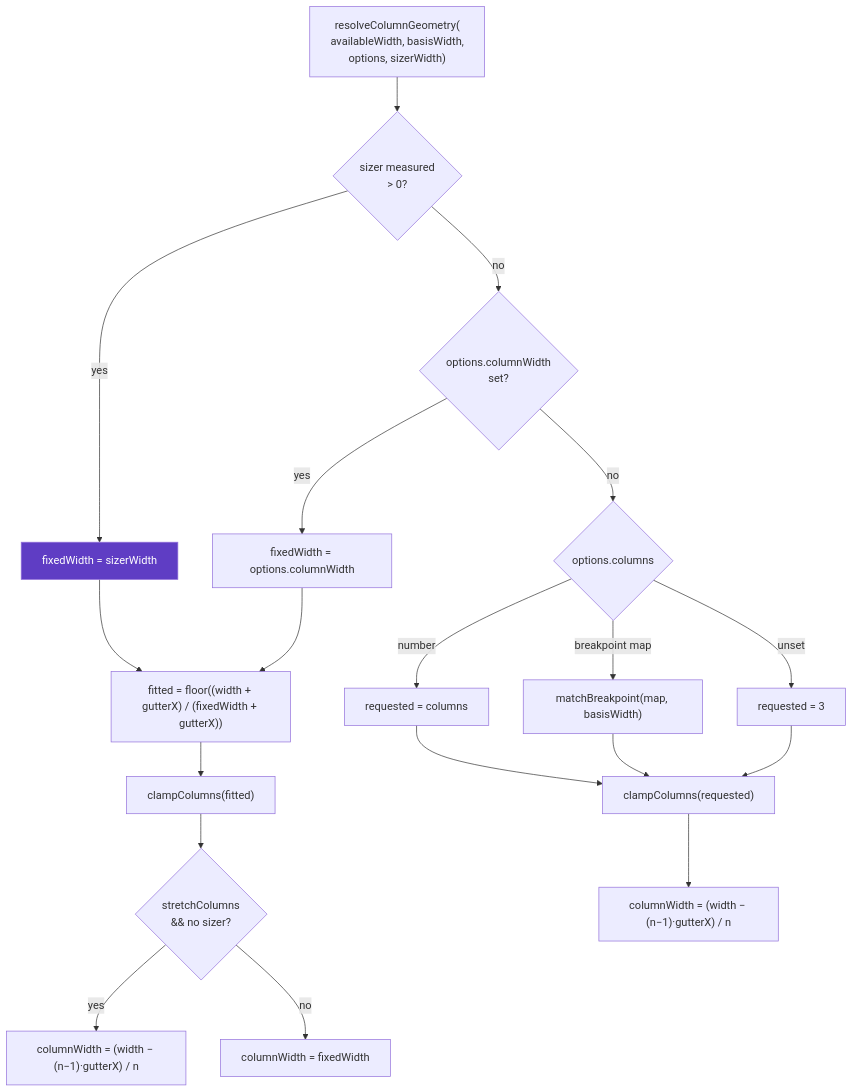
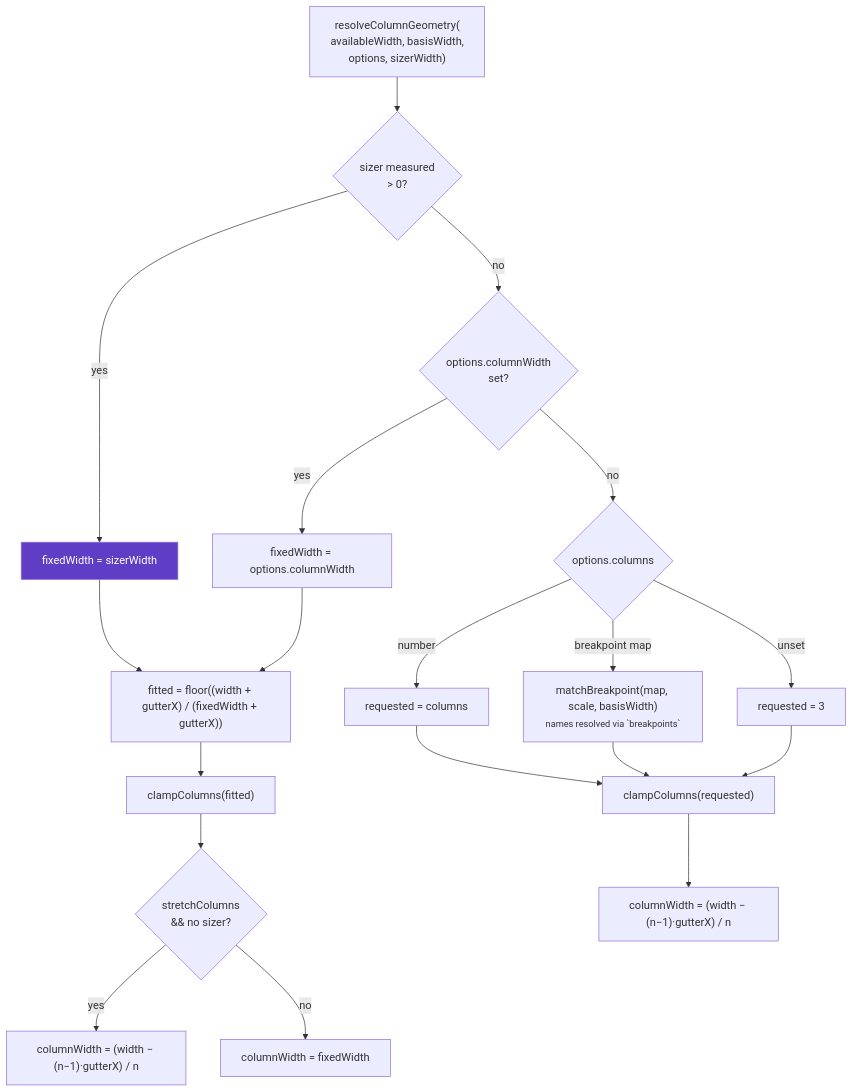
Before and after one commit to MeAkib/masonry-angular: the sixth of 12 diagrams in ARCHITECTURE.md, drawn with Mermaid. The commit also changed other lines of this file and 15 other files, not shown here.

````diff
--- a/ARCHITECTURE.md
+++ b/ARCHITECTURE.md
@@ -355,25 +355,25 @@
 ```mermaid
 flowchart TD
     IN["resolveColumnGeometry(<br/>availableWidth, basisWidth,<br/>options, sizerWidth)"] --> Q1{"sizer measured<br/>&gt; 0?"}
     Q1 -->|yes| FIXED["fixedWidth = sizerWidth"]
     Q1 -->|no| Q2{"options.columnWidth<br/>set?"}
     Q2 -->|yes| FIXED2["fixedWidth = options.columnWidth"]
     Q2 -->|no| Q3{"options.columns"}
 
     FIXED --> FIT
     FIXED2 --> FIT["fitted = floor((width + gutterX) / (fixedWidth + gutterX))"]
     FIT --> CL1["clampColumns(fitted)"]
     CL1 --> STR{"stretchColumns<br/>&amp;&amp; no sizer?"}
     STR -->|yes| STRW["columnWidth = (width − (n−1)·gutterX) / n"]
     STR -->|no| KEEP["columnWidth = fixedWidth"]
 
     Q3 -->|number| NUM["requested = columns"]
-    Q3 -->|breakpoint map| BP["matchBreakpoint(map, basisWidth)"]
+    Q3 -->|breakpoint map| BP["matchBreakpoint(map, scale, basisWidth)<br/><small>names resolved via `breakpoints`</small>"]
     Q3 -->|unset| DEF["requested = 3"]
     NUM --> CL2
     BP --> CL2
     DEF --> CL2["clampColumns(requested)"]
     CL2 --> DERIVE["columnWidth = (width − (n−1)·gutterX) / n"]
 
     style FIXED fill:#5f3dc4,color:#fff
 ```
````
